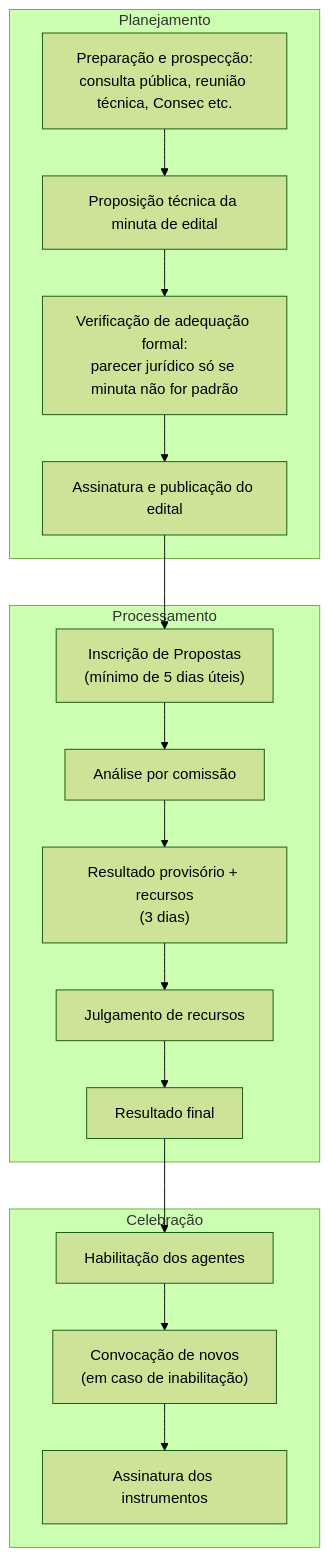
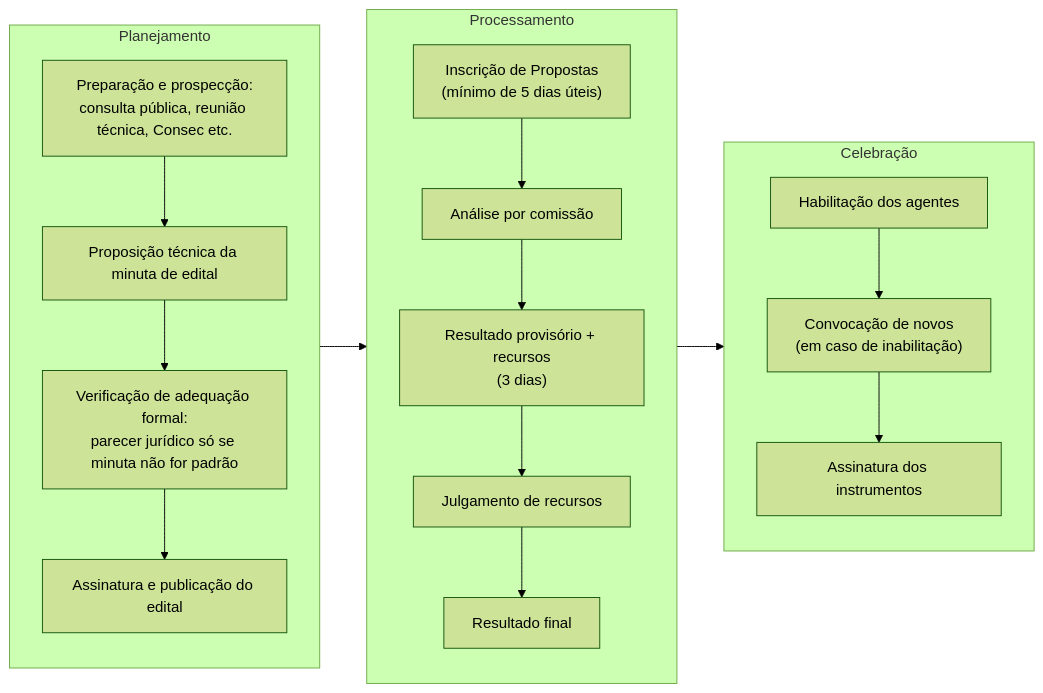
Before and after one commit to iepha-mg/manual.appi: the first of 2 diagrams in paginas/marcos_regulatorios/MRFC/TEC/README.md, drawn with Mermaid (forest theme).

```diff
--- a/paginas/marcos_regulatorios/MRFC/TEC/README.md
+++ b/paginas/marcos_regulatorios/MRFC/TEC/README.md
@@ -88,23 +88,23 @@
 <pre class="mermaid">
-flowchart TB
+flowchart LR
     subgraph Planejamento
         A1["Preparação e prospecção:\nconsulta pública, reunião técnica, Consec etc."] --> A2["Proposição técnica da minuta de edital"]
         A2 --> A3["Verificação de adequação formal:\nparecer jurídico só se minuta não for padrão"]
         A3 --> A4["Assinatura e publicação do edital"]
     end
 
     subgraph Processamento
         B1["Inscrição de Propostas\n(mínimo de 5 dias úteis)"] --> B2["Análise por comissão"]
         B2 --> B3["Resultado provisório + recursos\n(3 dias)"]
         B3 --> B4["Julgamento de recursos"]
         B4 --> B5["Resultado final"]
     end
 
     subgraph Celebração
         C1["Habilitação dos agentes"] --> C2["Convocação de novos\n(em caso de inabilitação)"]
         C2 --> C3["Assinatura dos instrumentos"]
     end
 
-    A4 --> B1
-    B5 --> C1
+    Planejamento --> Processamento
+    Processamento --> Celebração
 </pre>
```
